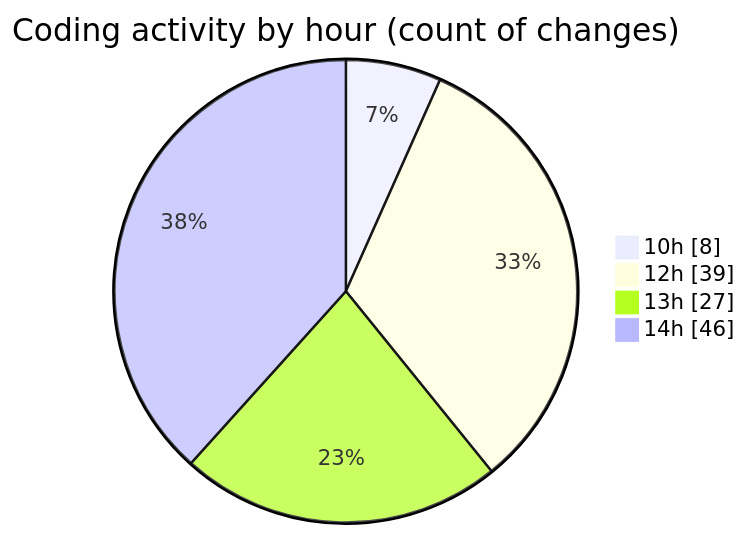
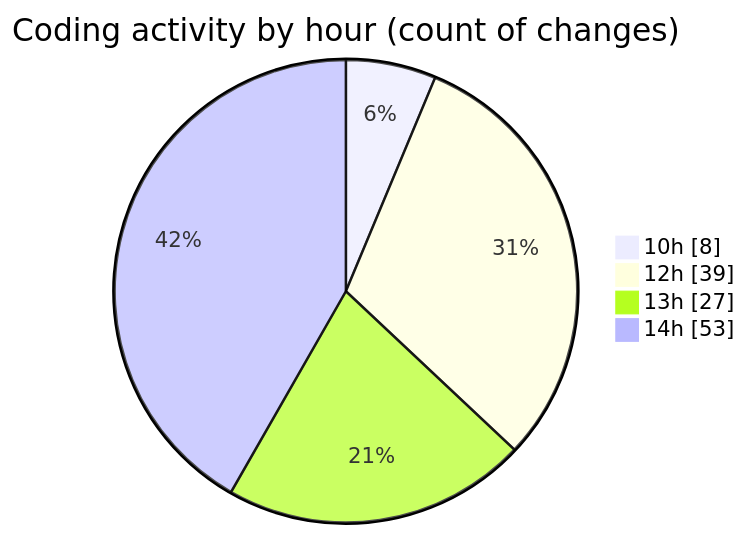
Before and after one commit to momahboobian/code-tracking: the second of 2 diagrams in 2025-05-02/cda/README.md, drawn with Mermaid. The commit also changed other lines of this file and 1 other file, not shown here.

````diff
--- a/2025-05-02/cda/README.md
+++ b/2025-05-02/cda/README.md
@@ -40,8 +41,8 @@
 ```mermaid
 pie showData
 title Coding activity by hour (count of changes)
 "10h" : 8
 "12h" : 39
 "13h" : 27
-"14h" : 46
+"14h" : 53
 ```
````
